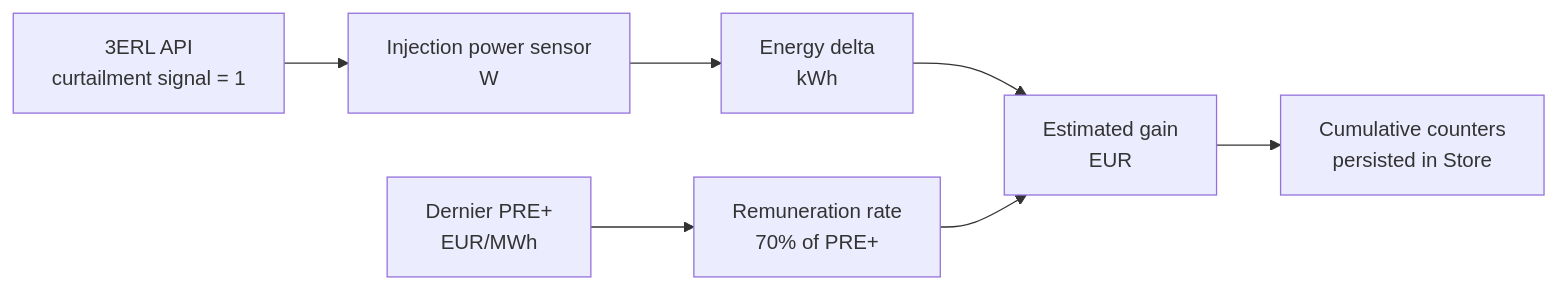
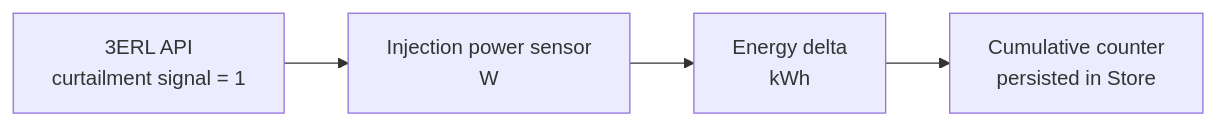
One commit to gounick/ha-zero-inject-3erl changed the sixth of 6 diagrams in WORKFLOW.md. Above: the diagram before and after it, drawn with Mermaid. The commit also changed other lines of this file and 34 other files, not shown here.

````diff
--- a/WORKFLOW.md
+++ b/WORKFLOW.md
@@ -108,9 +114,6 @@
 ```mermaid
 flowchart LR
     A["3ERL API<br/>curtailment signal = 1"] --> B["Injection power sensor<br/>W"]
     B --> C["Energy delta<br/>kWh"]
-    D["Dernier PRE+<br/>EUR/MWh"] --> E["Remuneration rate<br/>70% of PRE+"]
-    C --> F["Estimated gain<br/>EUR"]
-    E --> F
-    F --> G["Cumulative counters<br/>persisted in Store"]
+    C --> G["Cumulative counter<br/>persisted in Store"]
 ```
````
